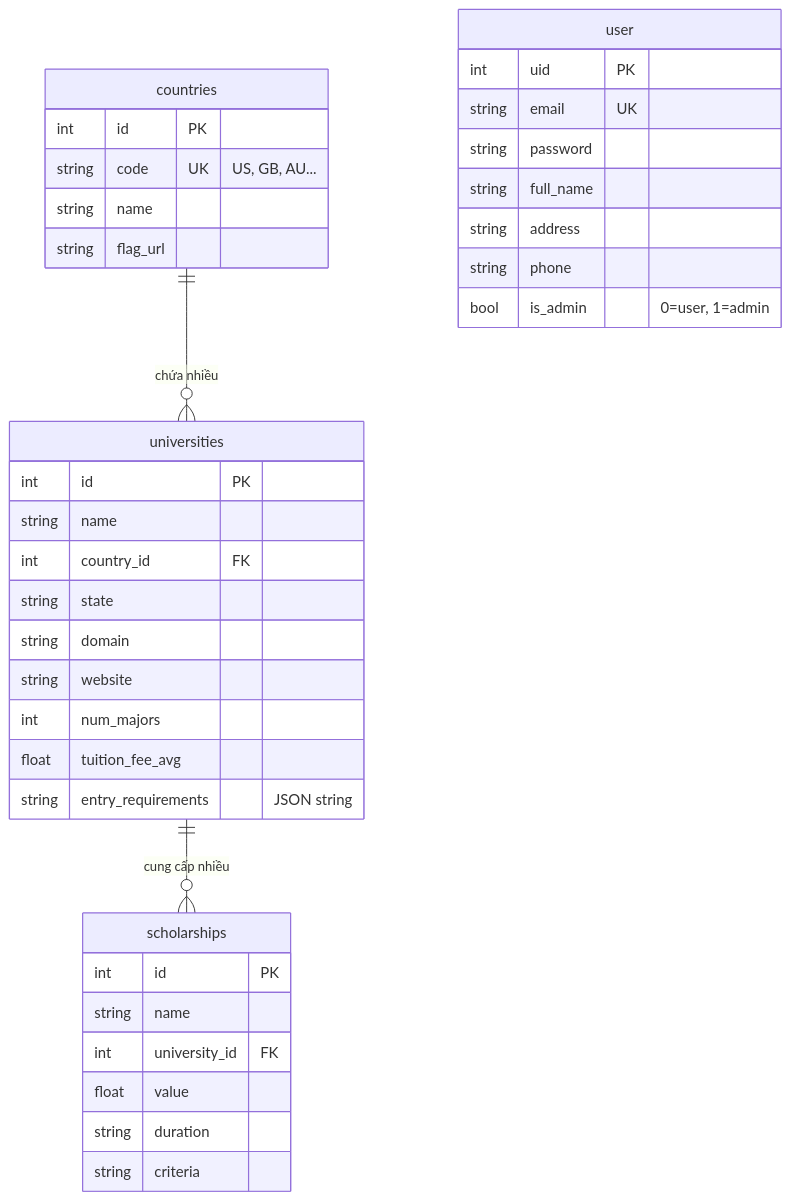
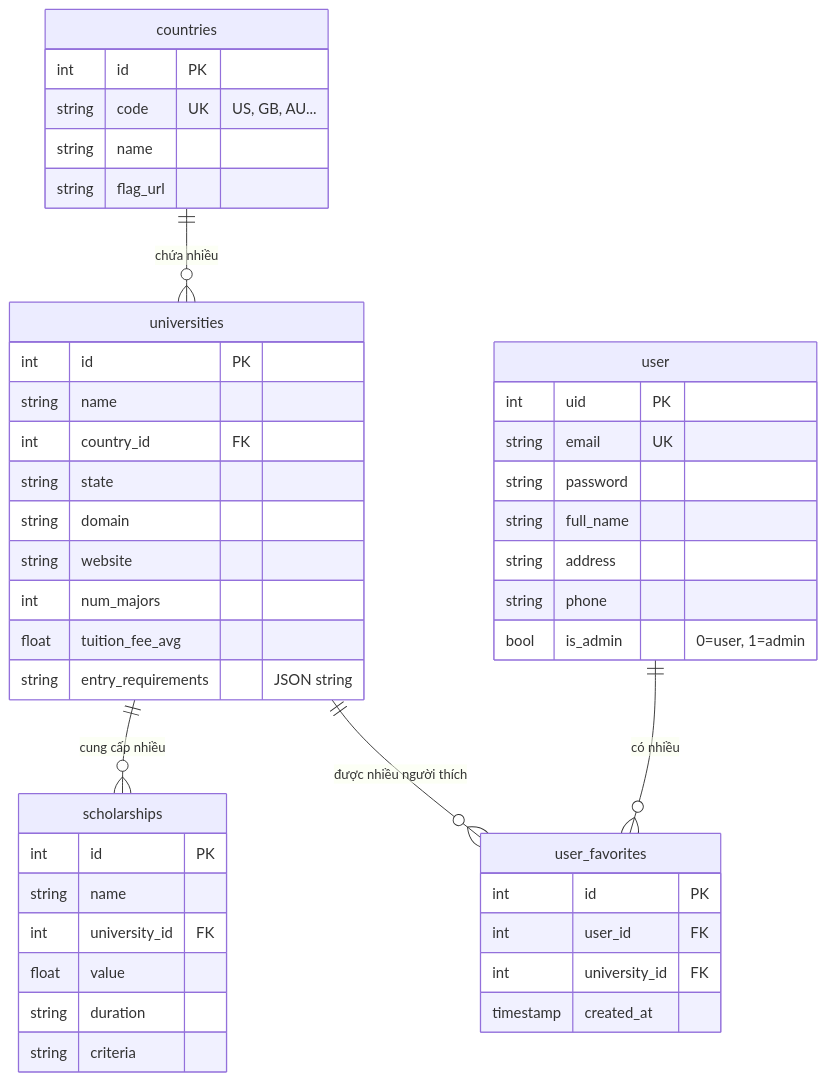
One commit to Atunnah/Study-Abroad-Information-Comparison-App changed the diagram in README.md. Above: the diagram before and after it, drawn with Mermaid. The commit also changed other lines of this file and 1 other file, not shown here.

Commit message:
add table user favorite universities, merge data from Phu, Tuan Anh db

````diff
--- a/README.md
+++ b/README.md
@@ -87,43 +100,49 @@
 ```mermaid
+
 erDiagram
     countries ||--o{ universities : "chứa nhiều"
     universities ||--o{ scholarships : "cung cấp nhiều"
+    user ||--o{ user_favorites : "có nhiều"
+    universities ||--o{ user_favorites : "được nhiều người thích"
 
     countries {
         int id PK
         string code UK "US, GB, AU..."
         string name
         string flag_url
     }
-
     universities {
         int id PK
         string name
         int country_id FK
         string state
         string domain
         string website
         int num_majors
         float tuition_fee_avg
         string entry_requirements "JSON string"
     }
-
     scholarships {
         int id PK
         string name
         int university_id FK
         float value
         string duration
         string criteria
     }
-
     user {
         int uid PK
         string email UK
         string password
         string full_name
         string address
         string phone
         bool is_admin "0=user, 1=admin"
     }
+    user_favorites {
+        int id PK
+        int user_id FK
+        int university_id FK
+        timestamp created_at
+    }
 ```
````
